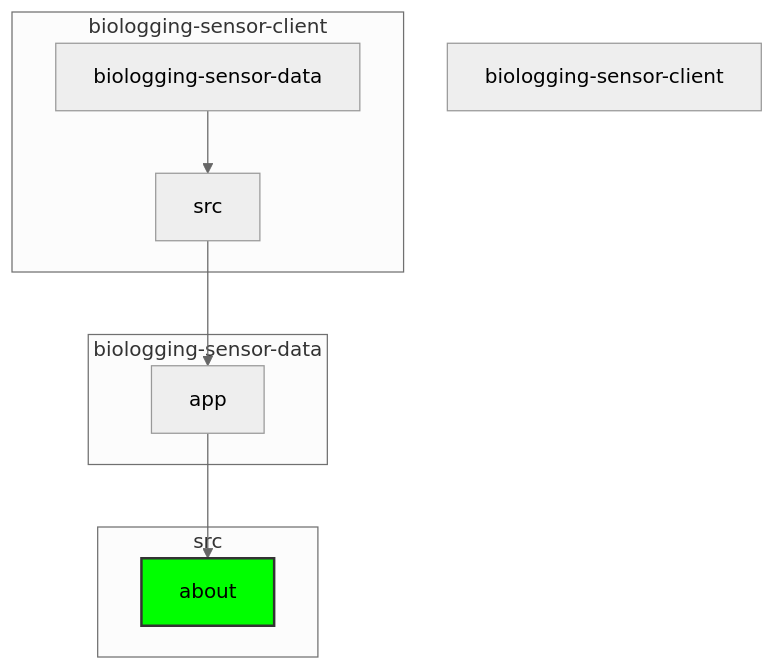
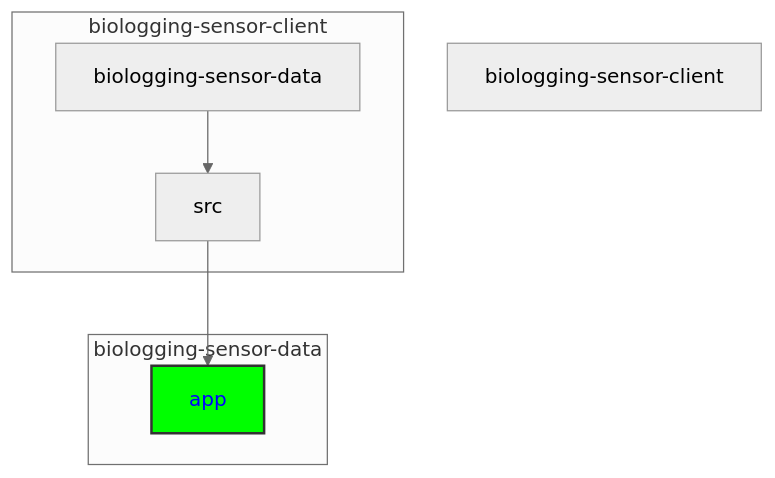
One commit to Khosiyat/Algorithms changed the diagram in draft-delete.md. Above: the diagram before and after it, drawn with Mermaid (neutral theme).

````diff
--- a/draft-delete.md
+++ b/draft-delete.md
@@ -1,21 +1,17 @@
 ```mermaid
 graph TD
     A["biologging-sensor-client"] 
     B["biologging-sensor-data"]
     C["src"]
-    D["app"]
-    E["about"]
+    D["<span style='color:blue'>app</span>"]
 
     subgraph biologging-sensor-client
         B --> C
     end
     subgraph biologging-sensor-data
         C --> D
     end
-    subgraph src
-        D --> E
-    end
 
-    style E fill:#0f0,stroke:#333,stroke-width:2px;
+    style D fill:#0f0,stroke:#333,stroke-width:2px;
 
 ```
````
